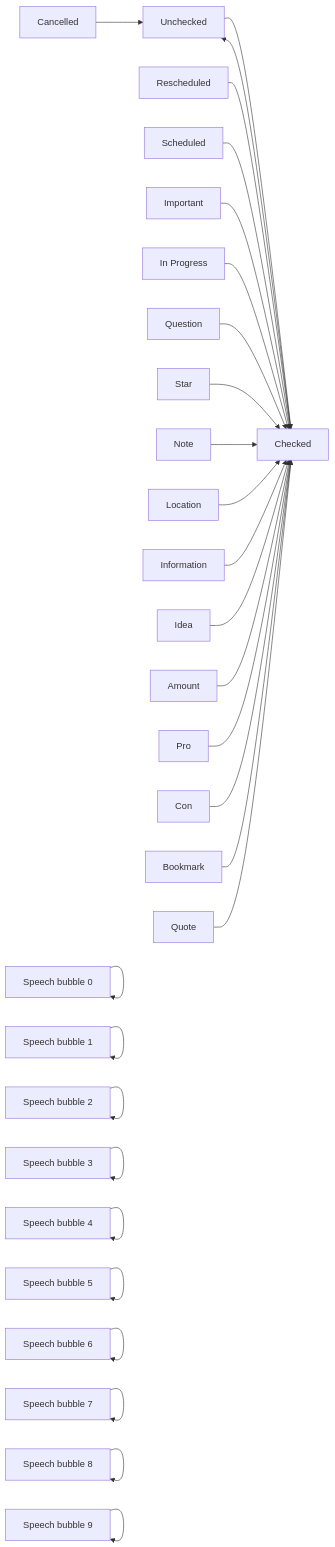
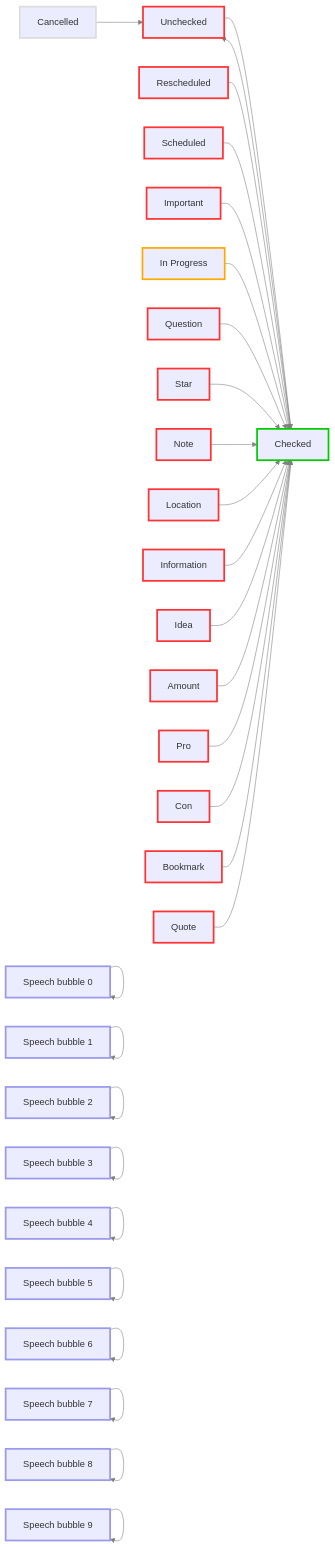
One commit to obsidian-tasks-group/obsidian-tasks changed the diagram in tests/DocumentationSamples/DocsSamplesForStatuses.test.Theme_AnuPpuccin_Table.approved.mermaid.md. Above: the diagram before and after it, drawn with Mermaid. The commit also changed 19 other files, not shown here.

Commit message:
feat: Show Status Type as coloured edges in Status Diagrams

````diff
--- a/tests/DocumentationSamples/DocsSamplesForStatuses.test.Theme_AnuPpuccin_Table.approved.mermaid.md
+++ b/tests/DocumentationSamples/DocsSamplesForStatuses.test.Theme_AnuPpuccin_Table.approved.mermaid.md
@@ -2,59 +2,68 @@
 ```mermaid
 flowchart LR
-1["Unchecked"]
-2["Checked"]
-3["Rescheduled"]
-4["Scheduled"]
-5["Important"]
-6["Cancelled"]
-7["In Progress"]
-8["Question"]
-9["Star"]
-10["Note"]
-11["Location"]
-12["Information"]
-13["Idea"]
-14["Amount"]
-15["Pro"]
-16["Con"]
-17["Bookmark"]
-18["Quote"]
-19["Speech bubble 0"]
-20["Speech bubble 1"]
-21["Speech bubble 2"]
-22["Speech bubble 3"]
-23["Speech bubble 4"]
-24["Speech bubble 5"]
-25["Speech bubble 6"]
-26["Speech bubble 7"]
-27["Speech bubble 8"]
-28["Speech bubble 9"]
+
+classDef TODO        stroke:#f33,stroke-width:3px;
+classDef DONE        stroke:#0c0,stroke-width:3px;
+classDef IN_PROGRESS stroke:#fa0,stroke-width:3px;
+classDef CANCELLED   stroke:#ddd,stroke-width:3px;
+classDef NON_TASK    stroke:#99e,stroke-width:3px;
+
+1["Unchecked"]:::TODO
+2["Checked"]:::DONE
+3["Rescheduled"]:::TODO
+4["Scheduled"]:::TODO
+5["Important"]:::TODO
+6["Cancelled"]:::CANCELLED
+7["In Progress"]:::IN_PROGRESS
+8["Question"]:::TODO
+9["Star"]:::TODO
+10["Note"]:::TODO
+11["Location"]:::TODO
+12["Information"]:::TODO
+13["Idea"]:::TODO
+14["Amount"]:::TODO
+15["Pro"]:::TODO
+16["Con"]:::TODO
+17["Bookmark"]:::TODO
+18["Quote"]:::TODO
+19["Speech bubble 0"]:::NON_TASK
+20["Speech bubble 1"]:::NON_TASK
+21["Speech bubble 2"]:::NON_TASK
+22["Speech bubble 3"]:::NON_TASK
+23["Speech bubble 4"]:::NON_TASK
+24["Speech bubble 5"]:::NON_TASK
+25["Speech bubble 6"]:::NON_TASK
+26["Speech bubble 7"]:::NON_TASK
+27["Speech bubble 8"]:::NON_TASK
+28["Speech bubble 9"]:::NON_TASK
 1 --> 2
 2 --> 1
 3 --> 2
 4 --> 2
 5 --> 2
 6 --> 1
 7 --> 2
 8 --> 2
 9 --> 2
 10 --> 2
 11 --> 2
 12 --> 2
 13 --> 2
 14 --> 2
 15 --> 2
 16 --> 2
 17 --> 2
 18 --> 2
 19 --> 19
 20 --> 20
 21 --> 21
 22 --> 22
 23 --> 23
 24 --> 24
 25 --> 25
 26 --> 26
 27 --> 27
 28 --> 28
+
+linkStyle default stroke:gray
 ```
````
